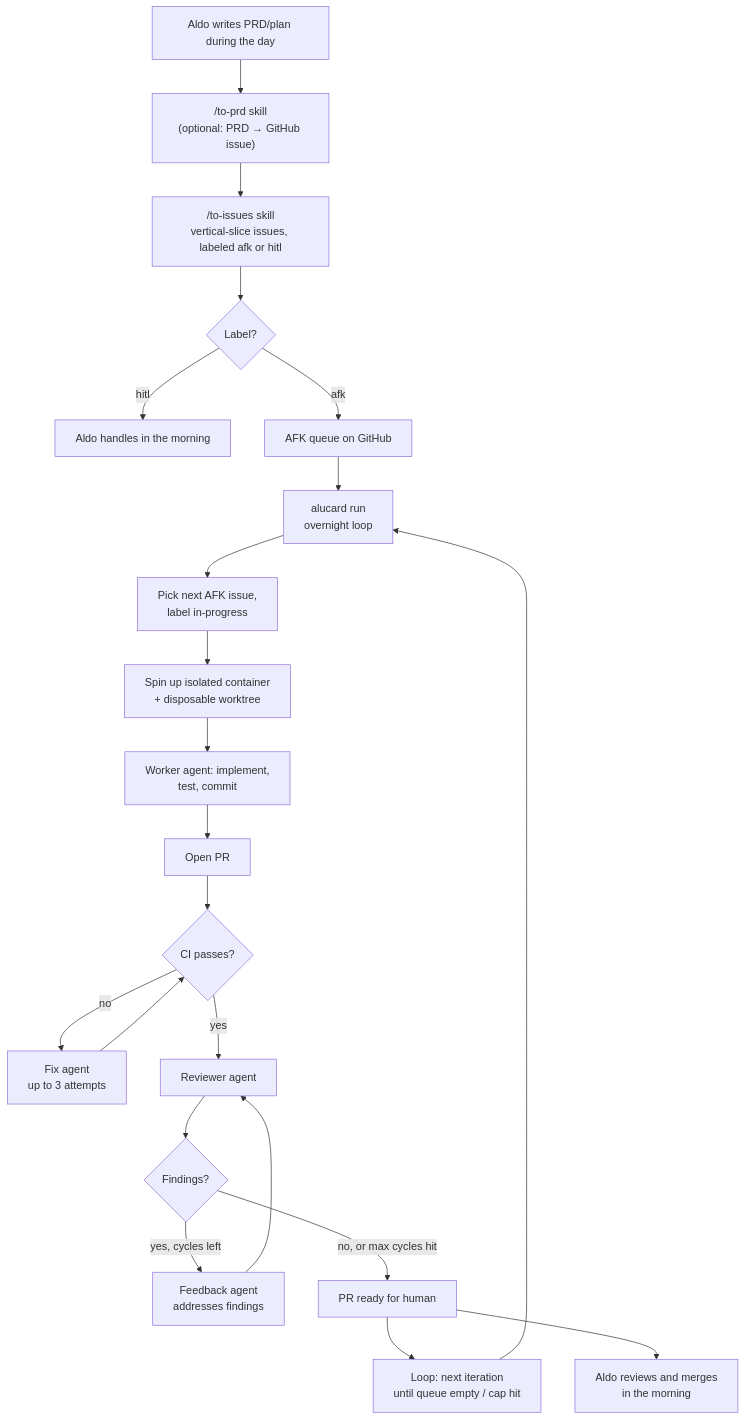
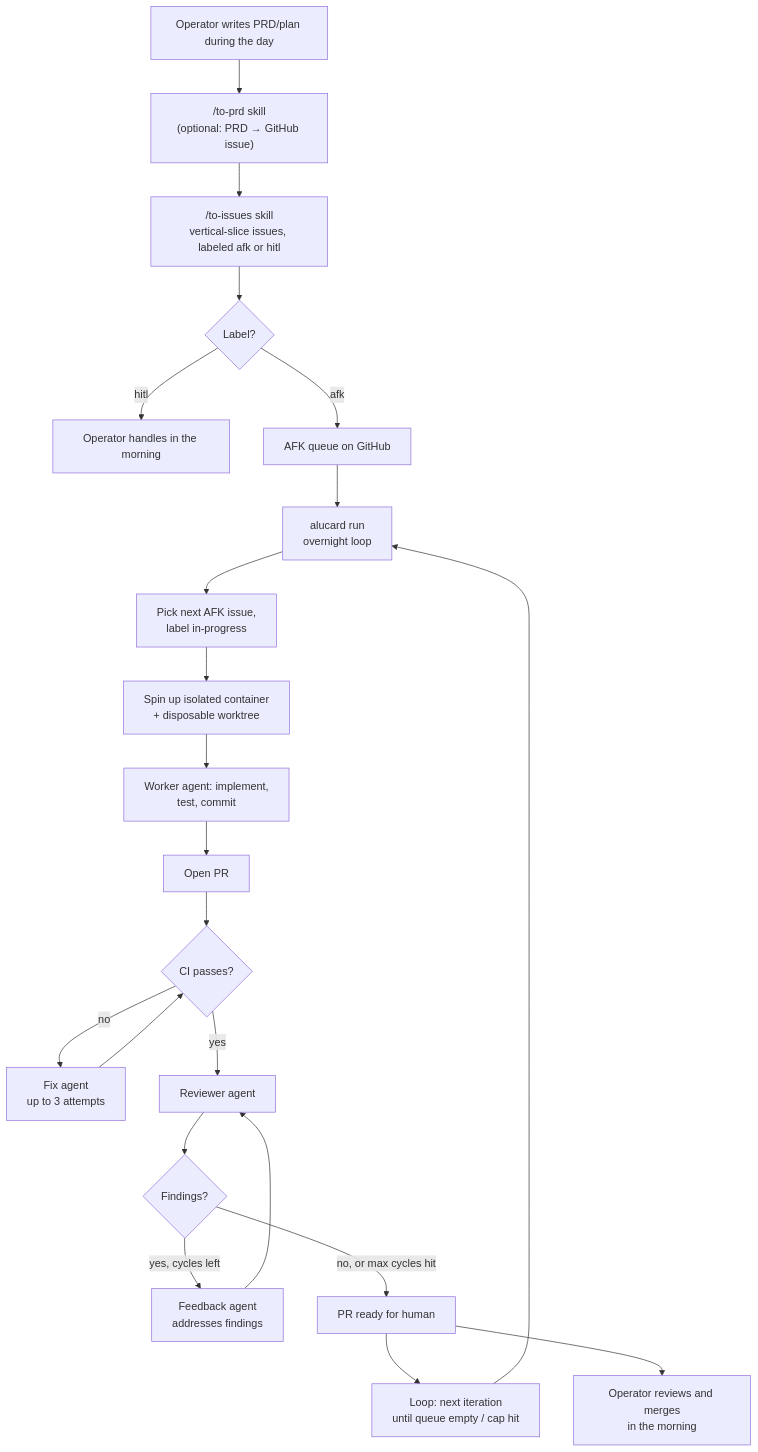
Before and after one commit to aldovc/alucard: the diagram in README.md, drawn with Mermaid. The commit also changed other lines of this file and 1 other file, not shown here.

````diff
--- a/README.md
+++ b/README.md
@@ -18,27 +18,27 @@
 ```mermaid
 flowchart TD
-    A[Aldo writes PRD/plan during the day] --> B["/to-prd skill<br/>(optional: PRD → GitHub issue)"]
+    A[Operator writes PRD/plan during the day] --> B["/to-prd skill<br/>(optional: PRD → GitHub issue)"]
     B --> C["/to-issues skill<br/>vertical-slice issues, labeled afk or hitl"]
     C --> D{Label?}
-    D -->|hitl| E[Aldo handles in the morning]
+    D -->|hitl| E[Operator handles in the morning]
     D -->|afk| F[AFK queue on GitHub]
 
     F --> G[alucard run<br/>overnight loop]
     G --> H[Pick next AFK issue,<br/>label in-progress]
     H --> I[Spin up isolated container<br/>+ disposable worktree]
     I --> J[Worker agent: implement,<br/>test, commit]
     J --> K[Open PR]
 
     K --> L{CI passes?}
     L -->|no| M[Fix agent<br/>up to 3 attempts]
     M --> L
     L -->|yes| N[Reviewer agent]
     N --> O{Findings?}
     O -->|yes, cycles left| P[Feedback agent<br/>addresses findings]
     P --> N
     O -->|no, or max cycles hit| Q[PR ready for human]
 
     Q --> R[Loop: next iteration<br/>until queue empty / cap hit]
     R --> G
-    Q --> S[Aldo reviews and merges<br/>in the morning]
+    Q --> S[Operator reviews and merges<br/>in the morning]
 ```
````
